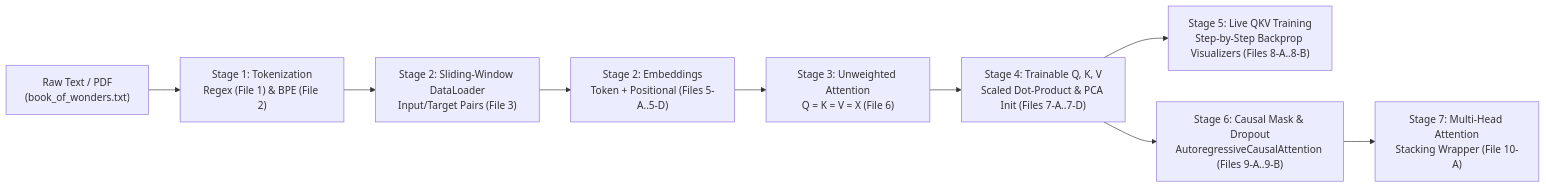
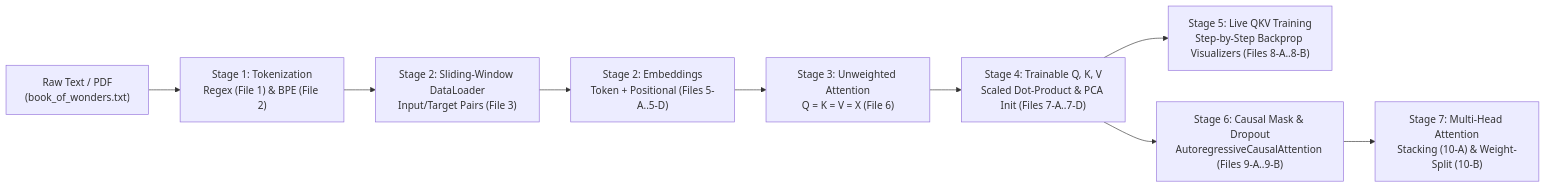
One commit to a-ramakrishnan/tokenize_to_Q_K_V changed the diagram in README.md. Above: the diagram before and after it, drawn with Mermaid. The commit also changed other lines of this file and 1 other file, not shown here.

Commit message:
Add File 10-B: Production Multi-Head Attention with weight splits and out_proj

````diff
--- a/README.md
+++ b/README.md
@@ -25,11 +25,11 @@
 ```mermaid
 flowchart LR
     A["Raw Text / PDF<br/>(book_of_wonders.txt)"] --> B["Stage 1: Tokenization<br/>Regex (File 1) & BPE (File 2)"]
     B --> C["Stage 2: Sliding-Window DataLoader<br/>Input/Target Pairs (File 3)"]
     C --> D["Stage 2: Embeddings<br/>Token + Positional (Files 5-A..5-D)"]
     D --> E["Stage 3: Unweighted Attention<br/>Q = K = V = X (File 6)"]
     E --> F["Stage 4: Trainable Q, K, V<br/>Scaled Dot-Product & PCA Init (Files 7-A..7-D)"]
     F --> G["Stage 5: Live QKV Training<br/>Step-by-Step Backprop Visualizers (Files 8-A..8-B)"]
     F --> H["Stage 6: Causal Mask & Dropout<br/>AutoregressiveCausalAttention (Files 9-A..9-B)"]
-    H --> I["Stage 7: Multi-Head Attention<br/>Stacking Wrapper (File 10-A)"]
+    H --> I["Stage 7: Multi-Head Attention<br/>Stacking (10-A) & Weight-Split (10-B)"]
 ```
````
